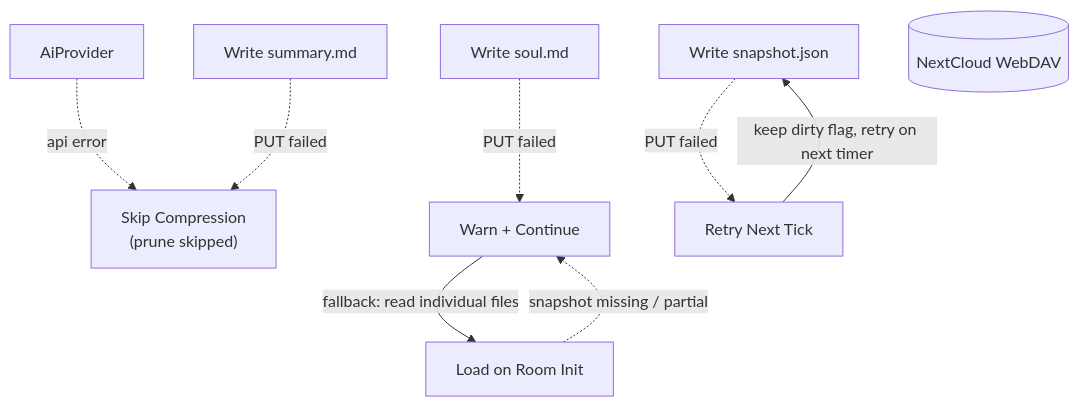
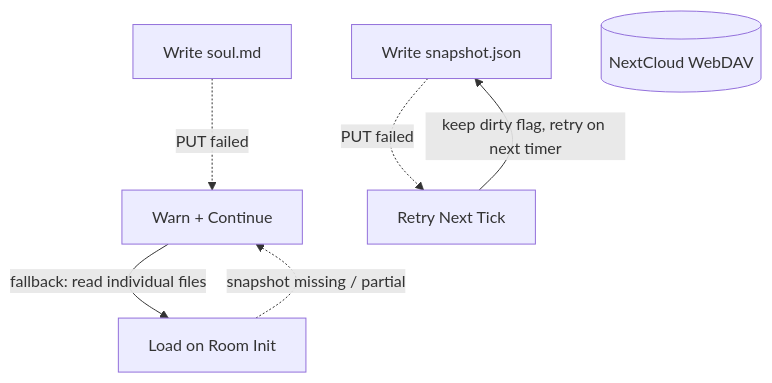
One commit to cosmoswafer/rockbot changed the fifth of 6 diagrams in _dfd/memory/memory.md. Above: the diagram before and after it, drawn with Mermaid. The commit also changed other lines of this file and 19 other files, not shown here.

````diff
--- a/_dfd/memory/memory.md
+++ b/_dfd/memory/memory.md
@@ -197,20 +186,15 @@
 ```mermaid
 flowchart TD
-    AI[AiProvider]
-    L2_WRITE[Write summary.md]
     SOUL_WRITE[Write soul.md]
     SNAP_WRITE[Write snapshot.json]
     DAV[(NextCloud WebDAV)]
     LOAD[Load on Room Init]
-    FALLBACK["Skip Compression<br/>(prune skipped)"]
     WARN[Warn + Continue]
     RETRY[Retry Next Tick]
 
-    AI -.->|"api error"| FALLBACK
-    L2_WRITE -.->|"PUT failed"| FALLBACK
     SNAP_WRITE -.->|"PUT failed"| RETRY
     SOUL_WRITE -.->|"PUT failed"| WARN
     LOAD -.->|"snapshot missing / partial"| WARN
     WARN -->|"fallback: read individual files"| LOAD
     RETRY -->|"keep dirty flag, retry on next timer"| SNAP_WRITE
 ```
````
